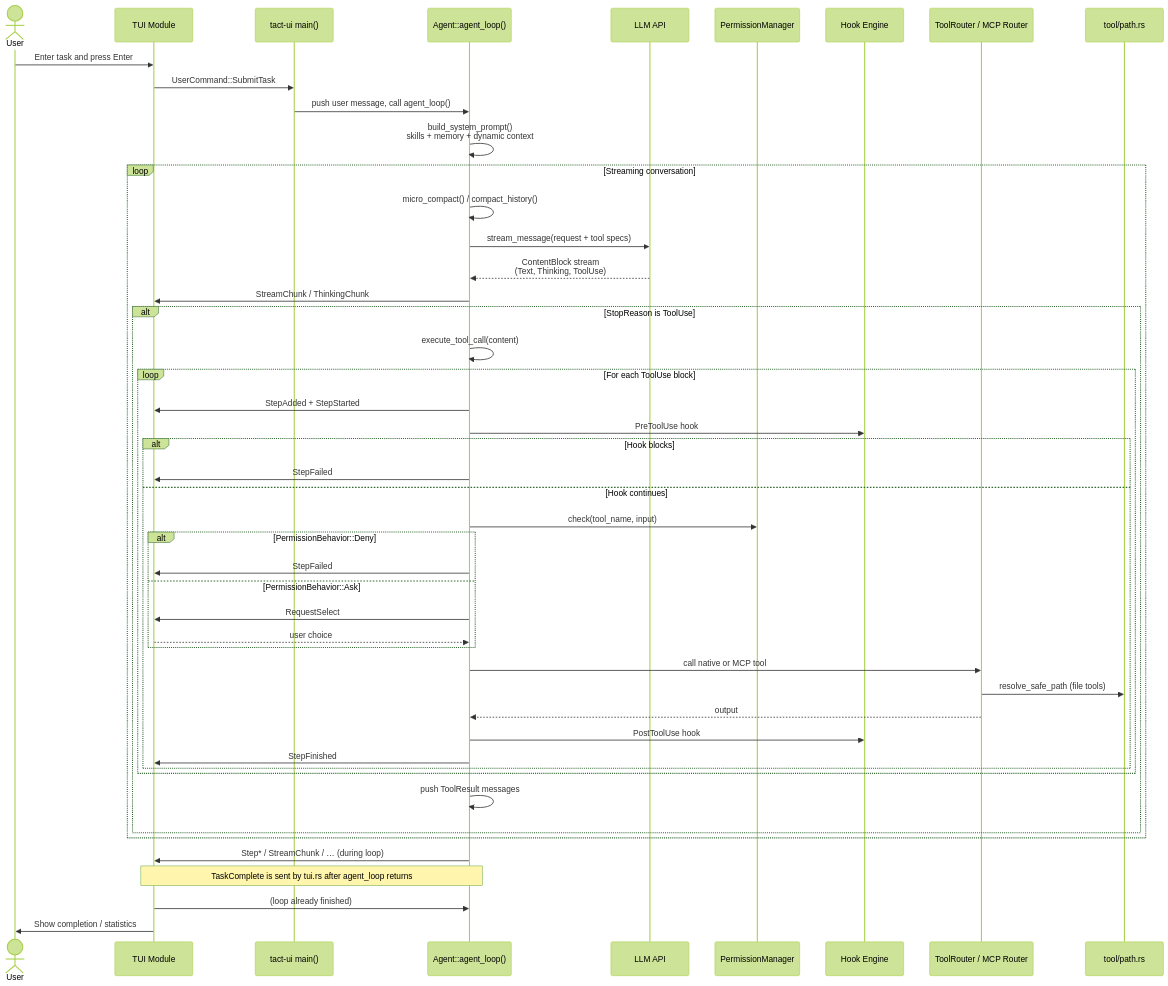
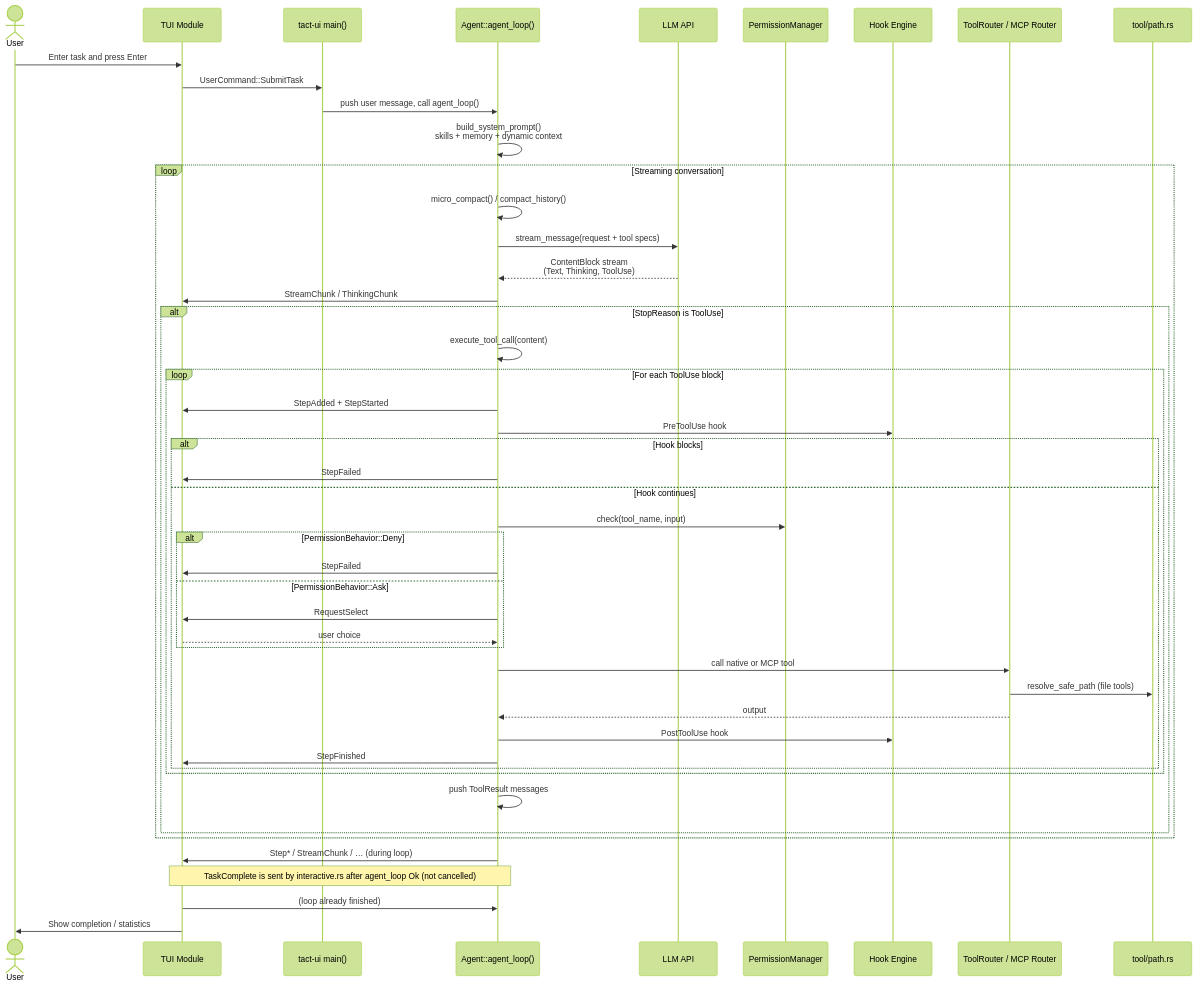
Before and after one commit to rust-infra/tact: the third of 10 diagrams in ARCHITECTURE.md, drawn with Mermaid (forest theme). The commit also changed other lines of this file and 18 other files, not shown here.

````diff
--- a/ARCHITECTURE.md
+++ b/ARCHITECTURE.md
@@ -149,54 +149,54 @@
 ```mermaid
 sequenceDiagram
     actor U as User
     participant TUI as TUI Module
     participant Main as tact-ui main()
     participant Agent as Agent::agent_loop()
     participant LLM as LLM API
     participant Perm as PermissionManager
     participant Hook as Hook Engine
     participant TR as ToolRouter / MCP Router
     participant PATH as tool/path.rs
 
     U ->> TUI: Enter task and press Enter
     TUI ->> Main: UserCommand::SubmitTask
     Main ->> Agent: push user message, call agent_loop()
     Agent ->> Agent: build_system_prompt()<br/>skills + memory + dynamic context
 
     loop Streaming conversation
         Agent ->> Agent: micro_compact() / compact_history()
         Agent ->> LLM: stream_message(request + tool specs)
         LLM -->> Agent: ContentBlock stream<br/>(Text, Thinking, ToolUse)
         Agent ->> TUI: StreamChunk / ThinkingChunk
 
         alt StopReason is ToolUse
             Agent ->> Agent: execute_tool_call(content)
             loop For each ToolUse block
                 Agent ->> TUI: StepAdded + StepStarted
                 Agent ->> Hook: PreToolUse hook
                 alt Hook blocks
                     Agent ->> TUI: StepFailed
                 else Hook continues
                     Agent ->> Perm: check(tool_name, input)
                     alt PermissionBehavior::Deny
                         Agent ->> TUI: StepFailed
                     else PermissionBehavior::Ask
                         Agent ->> TUI: RequestSelect
                         TUI -->> Agent: user choice
                     end
                     Agent ->> TR: call native or MCP tool
                     TR ->> PATH: resolve_safe_path (file tools)
                     TR -->> Agent: output
                     Agent ->> Hook: PostToolUse hook
                     Agent ->> TUI: StepFinished
                 end
             end
             Agent ->> Agent: push ToolResult messages
         end
     end
 
     Agent ->> TUI: Step* / StreamChunk / … (during loop)
-    Note over Agent,TUI: TaskComplete is sent by tui.rs after agent_loop returns
+    Note over Agent,TUI: TaskComplete is sent by interactive.rs after agent_loop Ok (not cancelled)
     TUI ->> Agent: (loop already finished)
     TUI ->> U: Show completion / statistics
 ```
````
